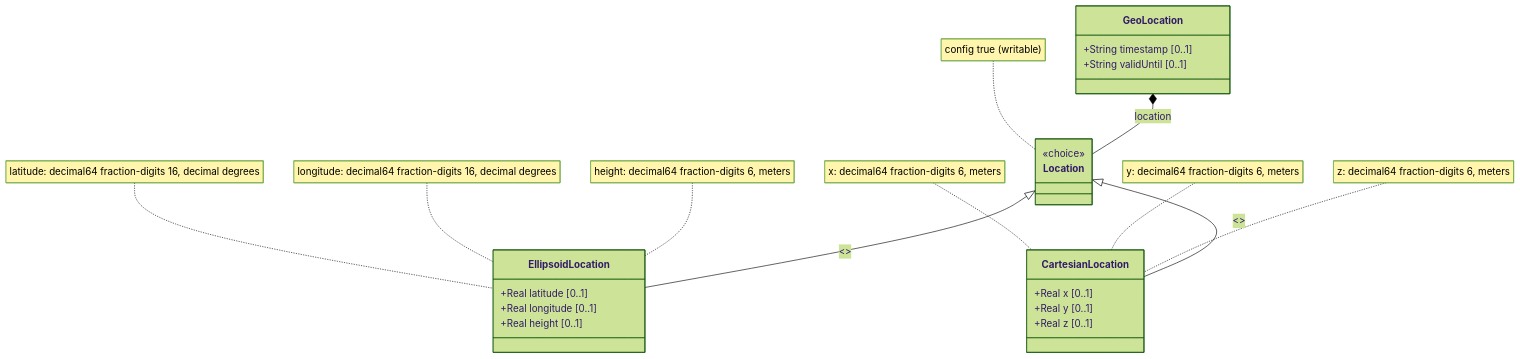
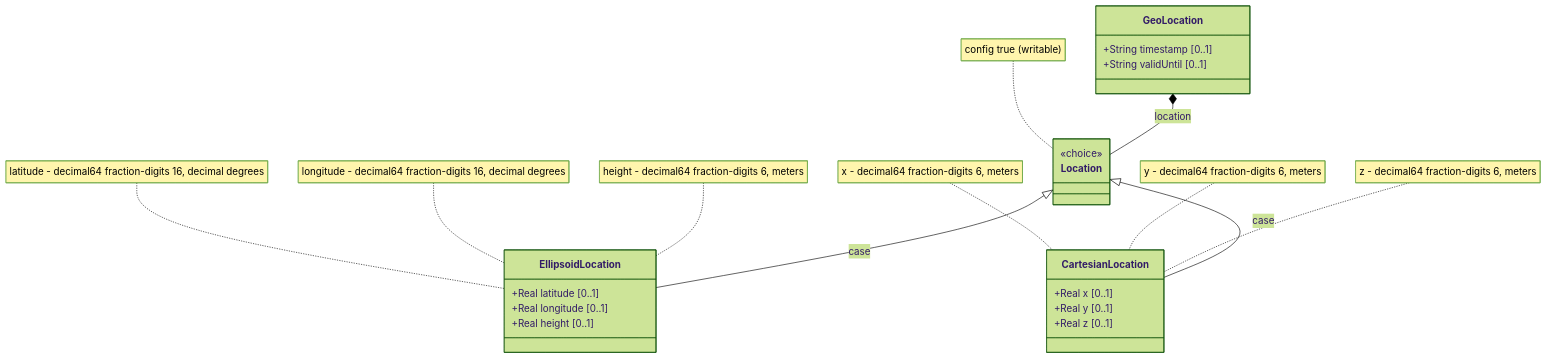
The diagram in docs/features/feat-09-location-coordinates.md (gintatkinson/3dgs-030), drawn with Mermaid (forest theme) before and after one commit. The commit also changed 12 other files, not shown here.

Commit message:
fix: remove colons from Mermaid note strings and <<case>> from relationship edges across all features, epics, and use cases

````diff
--- a/docs/features/feat-09-location-coordinates.md
+++ b/docs/features/feat-09-location-coordinates.md
@@ -28,30 +28,30 @@
 ```mermaid
 classDiagram
     class GeoLocation {
         +String timestamp [0..1]
         +String validUntil [0..1]
     }
     class Location {
         <<choice>>
     }
     class EllipsoidLocation {
         +Real latitude [0..1]
         +Real longitude [0..1]
         +Real height [0..1]
     }
     class CartesianLocation {
         +Real x [0..1]
         +Real y [0..1]
         +Real z [0..1]
     }
     GeoLocation *-- Location : location
-    Location <|-- EllipsoidLocation : <<case>>
-    Location <|-- CartesianLocation : <<case>>
-    note for EllipsoidLocation "latitude: decimal64 fraction-digits 16, decimal degrees"
-    note for EllipsoidLocation "longitude: decimal64 fraction-digits 16, decimal degrees"
-    note for EllipsoidLocation "height: decimal64 fraction-digits 6, meters"
-    note for CartesianLocation "x: decimal64 fraction-digits 6, meters"
-    note for CartesianLocation "y: decimal64 fraction-digits 6, meters"
-    note for CartesianLocation "z: decimal64 fraction-digits 6, meters"
+    Location <|-- EllipsoidLocation  : case
+    Location <|-- CartesianLocation  : case
+    note for EllipsoidLocation "latitude - decimal64 fraction-digits 16, decimal degrees"
+    note for EllipsoidLocation "longitude - decimal64 fraction-digits 16, decimal degrees"
+    note for EllipsoidLocation "height - decimal64 fraction-digits 6, meters"
+    note for CartesianLocation "x - decimal64 fraction-digits 6, meters"
+    note for CartesianLocation "y - decimal64 fraction-digits 6, meters"
+    note for CartesianLocation "z - decimal64 fraction-digits 6, meters"
     note for Location "config true (writable)"
 ```
````
